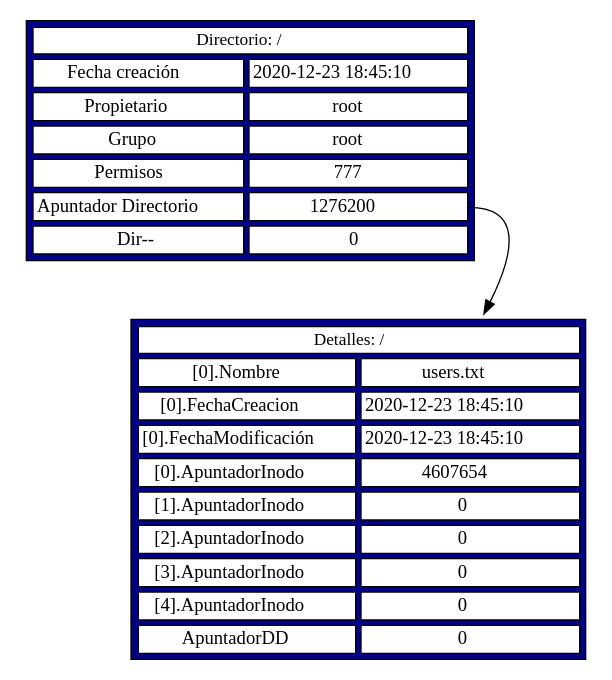
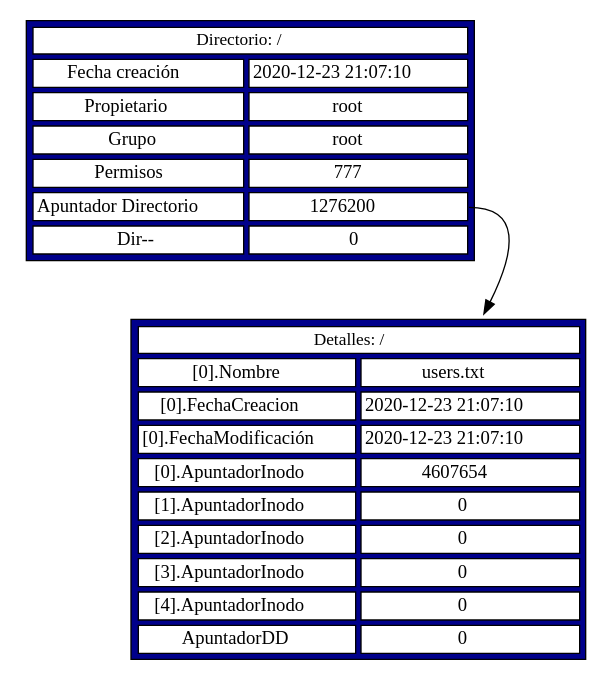
Before and after one commit to kfabio001/-MIA-Proyecto1Fase2_20170907: the diagram in codigo2.dot, drawn with Graphviz. The commit also changed 8 other files, not shown here.

```diff
--- a/codigo2.dot
+++ b/codigo2.dot
@@ -1,85 +1,85 @@
 digraph Tree {
 		node [shape=plaintext];
 		AVD0 [label=<
 	<TABLE BORDER="1"  cellpadding="2"   CELLBORDER="1" CELLSPACING="4" BGCOLOR="blue4" color = 'black'>            
 	   <TR> 
 		   <TD bgcolor='white' colspan="2"><font color='black' point-size='13'>Directorio: /</font></TD>
 	   </TR>
 	   <TR> 
 		   <TD bgcolor='white' >Fecha creación</TD>
-		   <TD bgcolor='white' > 2020-12-23 18:45:10 </TD>
+		   <TD bgcolor='white' > 2020-12-23 21:07:10 </TD>
 	   </TR>
 	   <TR>
 		   <TD bgcolor='white' >Propietario</TD>
 		   <TD bgcolor='white' > root </TD>
 	   </TR>
 	   <TR>
 		   <TD bgcolor='white' >Grupo</TD>
 		   <TD bgcolor='white' > root </TD>
 	   </TR>
 	   <TR>
 		   <TD bgcolor='white' >Permisos</TD>
 		   <TD bgcolor='white' > 777 </TD>
 	   </TR>
 	   
 	   <TR>
 		   <TD  bgcolor='white' >Apuntador Directorio</TD>
 		   <TD  bgcolor='white' PORT="6"> 1276200 </TD>
 	   </TR>
 	   <TR>
 		   <TD  bgcolor='white' >Dir--</TD>
 		   <TD  bgcolor='white' PORT="7"> 0</TD>
 	   </TR>
    </TABLE>
 	>];
 
 	AVD0:6->DD0
 
 			DD0 [label=<
 	<TABLE BORDER="1"  cellpadding="2"   CELLBORDER="1" CELLSPACING="4" BGCOLOR="blue4" color = 'black'>            
 	   <TR> 
 		   <TD bgcolor='white' colspan="2"><font color='black' point-size='13'>Detalles: /</font></TD>
 	   </TR>
 	   <TR>
 		   <TD bgcolor='white' >[0].Nombre</TD>
 		   <TD bgcolor='white' > users.txt </TD>
 	   </TR>
 	   <TR>
 		   <TD bgcolor='white' >[0].FechaCreacion</TD>
-		   <TD bgcolor='white' > 2020-12-23 18:45:10 </TD>
+		   <TD bgcolor='white' > 2020-12-23 21:07:10 </TD>
 	   </TR>
 		<TR>
 		   <TD bgcolor='white' >[0].FechaModificación</TD>
-		   <TD bgcolor='white' > 2020-12-23 18:45:10 </TD>
+		   <TD bgcolor='white' > 2020-12-23 21:07:10 </TD>
 	   </TR>
 		<TR>
 		   <TD bgcolor='white' >[0].ApuntadorInodo</TD>
 		   <TD bgcolor='white' PORT="0" > 4607654 </TD>
 	   </TR>
 		
 		<TR>
 		   <TD bgcolor='white' >[1].ApuntadorInodo</TD>
 		   <TD bgcolor='white' PORT="1" > 0 </TD>
 	   </TR>
 				<TR>
 		   <TD bgcolor='white' >[2].ApuntadorInodo</TD>
 		   <TD bgcolor='white' PORT="2" > 0 </TD>
 	   </TR>
 		<TR>
 		   <TD bgcolor='white' >[3].ApuntadorInodo</TD>
 		   <TD bgcolor='white' PORT="3" > 0 </TD>
 	   </TR>
 		
 		<TR>
 		   <TD bgcolor='white' >[4].ApuntadorInodo</TD>
 		   <TD bgcolor='white' PORT="4" > 0 </TD>
 	   </TR>
 	   <TR>
 		   <TD  bgcolor='white' >ApuntadorDD</TD>
 		   <TD  bgcolor='white' PORT="5"> 0 </TD>
 	   </TR>
 
    </TABLE>
 	>];
 
 	}
```
